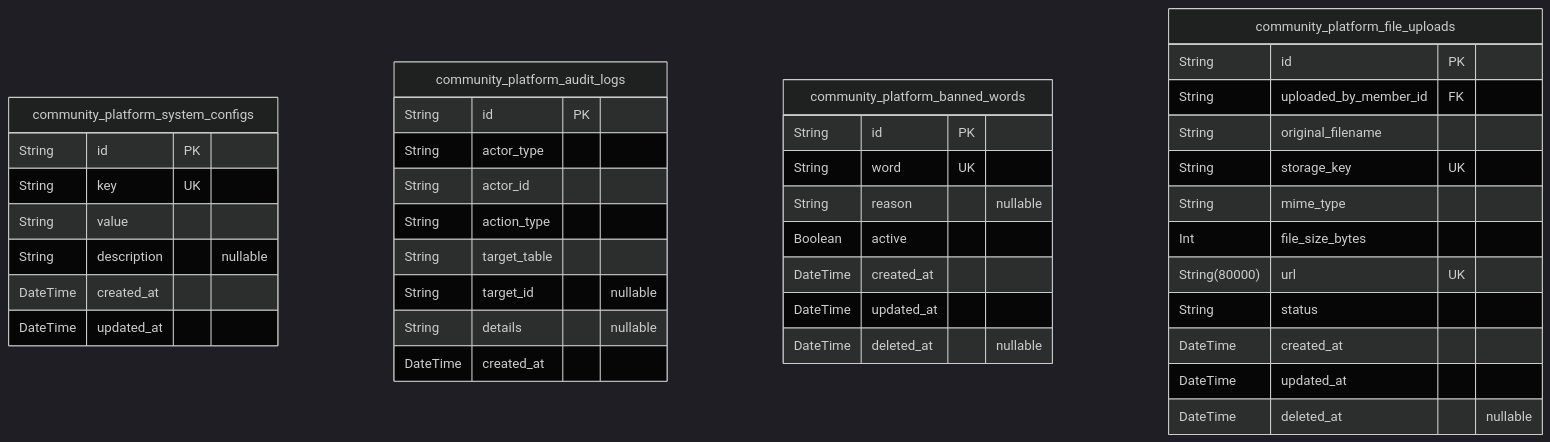
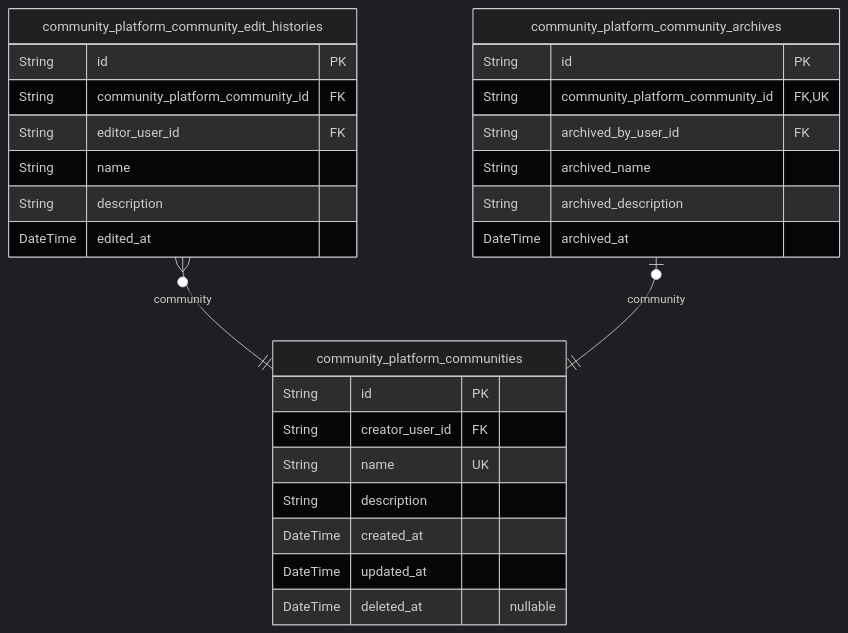
One commit to wrtnlabs/autobe-examples changed the third of 10 diagrams in openai/gpt-4.1/reddit/docs/ERD.md. Above: the diagram before and after it, drawn with Mermaid (dark theme). The commit also changed other lines of this file and 16146 other files, not shown here.

````diff
--- a/openai/gpt-4.1/reddit/docs/ERD.md
+++ b/openai/gpt-4.1/reddit/docs/ERD.md
@@ -17,43 +365,30 @@
 ```mermaid
 erDiagram
-"community_platform_system_configs" {
+"community_platform_communities" {
   String id PK
-  String key UK
-  String value
-  String description "nullable"
-  DateTime created_at
-  DateTime updated_at
-}
-"community_platform_audit_logs" {
-  String id PK
-  String actor_type
-  String actor_id
-  String action_type
-  String target_table
-  String target_id "nullable"
-  String details "nullable"
-  DateTime created_at
-}
-"community_platform_banned_words" {
-  String id PK
-  String word UK
-  String reason "nullable"
-  Boolean active
+  String creator_user_id FK
+  String name UK
+  String description
   DateTime created_at
   DateTime updated_at
   DateTime deleted_at "nullable"
 }
-"community_platform_file_uploads" {
+"community_platform_community_edit_histories" {
   String id PK
-  String uploaded_by_member_id FK
-  String original_filename
-  String storage_key UK
-  String mime_type
-  Int file_size_bytes
-  String(80000) url UK
-  String status
-  DateTime created_at
-  DateTime updated_at
-  DateTime deleted_at "nullable"
+  String community_platform_community_id FK
+  String editor_user_id FK
+  String name
+  String description
+  DateTime edited_at
 }
+"community_platform_community_archives" {
+  String id PK
+  String community_platform_community_id FK,UK
+  String archived_by_user_id FK
+  String archived_name
+  String archived_description
+  DateTime archived_at
+}
+"community_platform_community_edit_histories" }o--|| "community_platform_communities" : community
+"community_platform_community_archives" |o--|| "community_platform_communities" : community
 ```
````
